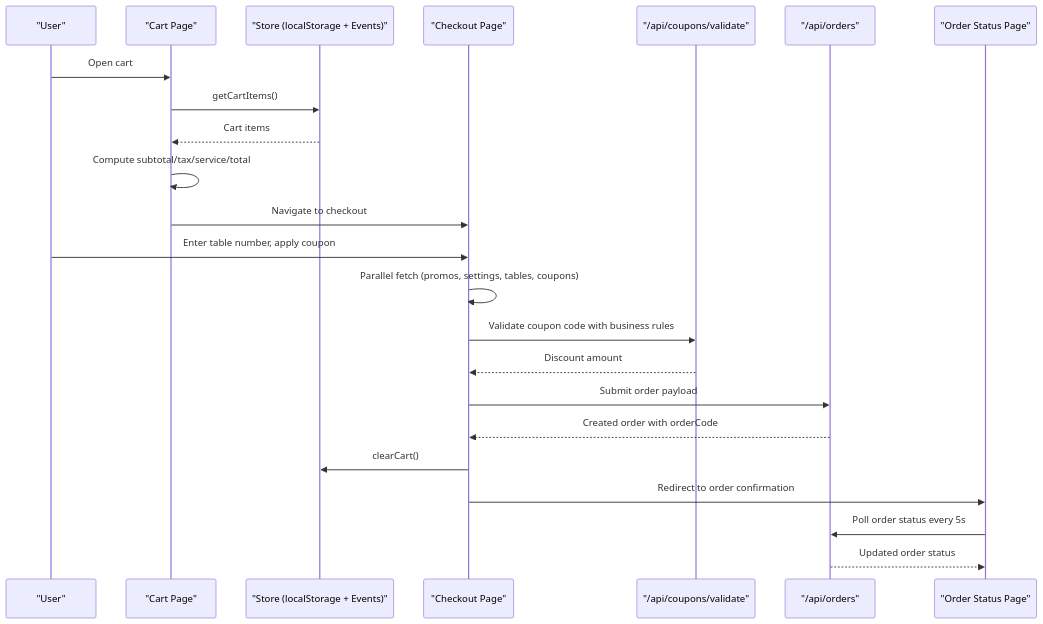
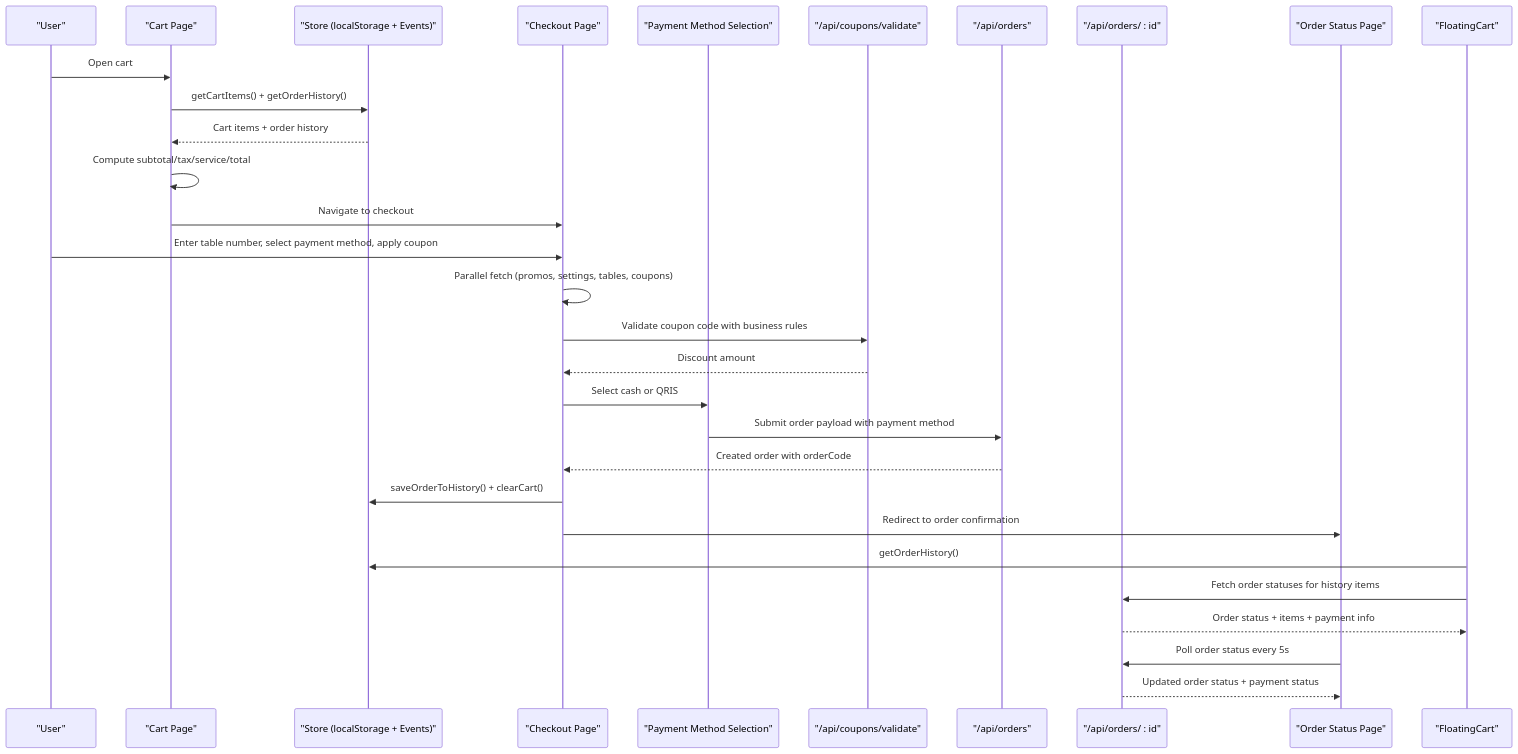
Before and after one commit to Ice-Nao-Eevee/Tera_Work: the second of 11 diagrams in .qoder/repowiki/en/content/Core Features/Cart & Ordering System.md, drawn with Mermaid. The commit also changed other lines of this file and 55 other files, not shown here.

````diff
--- a/.qoder/repowiki/en/content/Core Features/Cart & Ordering System.md
+++ b/.qoder/repowiki/en/content/Core Features/Cart & Ordering System.md
@@ -119,25 +129,32 @@
 ```mermaid
 sequenceDiagram
 participant User as "User"
 participant CartPage as "Cart Page"
 participant Store as "Store (localStorage + Events)"
 participant CheckoutPage as "Checkout Page"
+participant PaymentSelection as "Payment Method Selection"
 participant CouponsAPI as "/api/coupons/validate"
 participant OrdersAPI as "/api/orders"
+participant OrderDetailAPI as "/api/orders/ : id"
 participant OrderStatusPage as "Order Status Page"
+participant FloatingCart as "FloatingCart"
 User->>CartPage : Open cart
-CartPage->>Store : getCartItems()
-Store-->>CartPage : Cart items
+CartPage->>Store : getCartItems() + getOrderHistory()
+Store-->>CartPage : Cart items + order history
 CartPage->>CartPage : Compute subtotal/tax/service/total
 CartPage->>CheckoutPage : Navigate to checkout
-User->>CheckoutPage : Enter table number, apply coupon
+User->>CheckoutPage : Enter table number, select payment method, apply coupon
 CheckoutPage->>CheckoutPage : Parallel fetch (promos, settings, tables, coupons)
 CheckoutPage->>CouponsAPI : Validate coupon code with business rules
 CouponsAPI-->>CheckoutPage : Discount amount
-CheckoutPage->>OrdersAPI : Submit order payload
+CheckoutPage->>PaymentSelection : Select cash or QRIS
+PaymentSelection->>OrdersAPI : Submit order payload with payment method
 OrdersAPI-->>CheckoutPage : Created order with orderCode
-CheckoutPage->>Store : clearCart()
+CheckoutPage->>Store : saveOrderToHistory() + clearCart()
 CheckoutPage->>OrderStatusPage : Redirect to order confirmation
-OrderStatusPage->>OrdersAPI : Poll order status every 5s
-OrdersAPI-->>OrderStatusPage : Updated order status
+FloatingCart->>Store : getOrderHistory()
+FloatingCart->>OrderDetailAPI : Fetch order statuses for history items
+OrderDetailAPI-->>FloatingCart : Order status + items + payment info
+OrderStatusPage->>OrderDetailAPI : Poll order status every 5s
+OrderDetailAPI-->>OrderStatusPage : Updated order status + payment status
 ```
````
